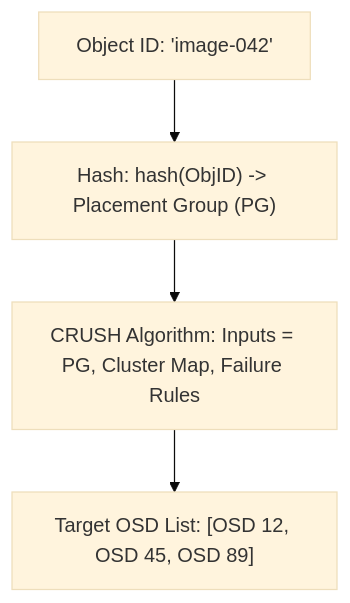
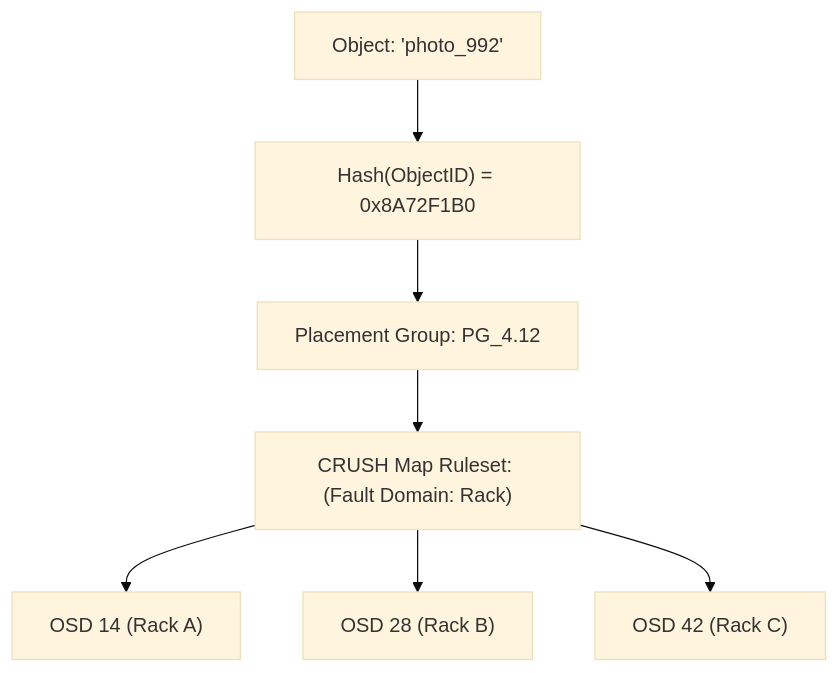
Before and after one commit to isihussain/developer-handbook: the diagram in docs/ceph-crush-map-algorithmic-placement.md, drawn with Mermaid (base theme). The commit also changed other lines of this file, not shown here.

Commit message:
docs: add Ceph Storage: CRUSH Map Algorithmic Data Placement cheat sheet (#572)

````diff
--- a/docs/ceph-crush-map-algorithmic-placement.md
+++ b/docs/ceph-crush-map-algorithmic-placement.md
@@ -5,6 +5,9 @@
 ```mermaid
 flowchart TD
-    ObjID["Object ID: 'image-042'"] --> Hash["Hash: hash(ObjID) -> Placement Group (PG)"]
-    Hash --> CRUSH["CRUSH Algorithm: Inputs = PG, Cluster Map, Failure Rules"]
-    CRUSH --> OSDs["Target OSD List: [OSD 12, OSD 45, OSD 89]"]
+    ObjectID["Object: 'photo_992'"] --> Hash["Hash(ObjectID) = 0x8A72F1B0"]
+    Hash --> PG["Placement Group: PG_4.12"]
+    PG --> CRUSH["CRUSH Map Ruleset: (Fault Domain: Rack)"]
+    CRUSH --> OSD1["OSD 14 (Rack A)"]
+    CRUSH --> OSD2["OSD 28 (Rack B)"]
+    CRUSH --> OSD3["OSD 42 (Rack C)"]
 ```
````
